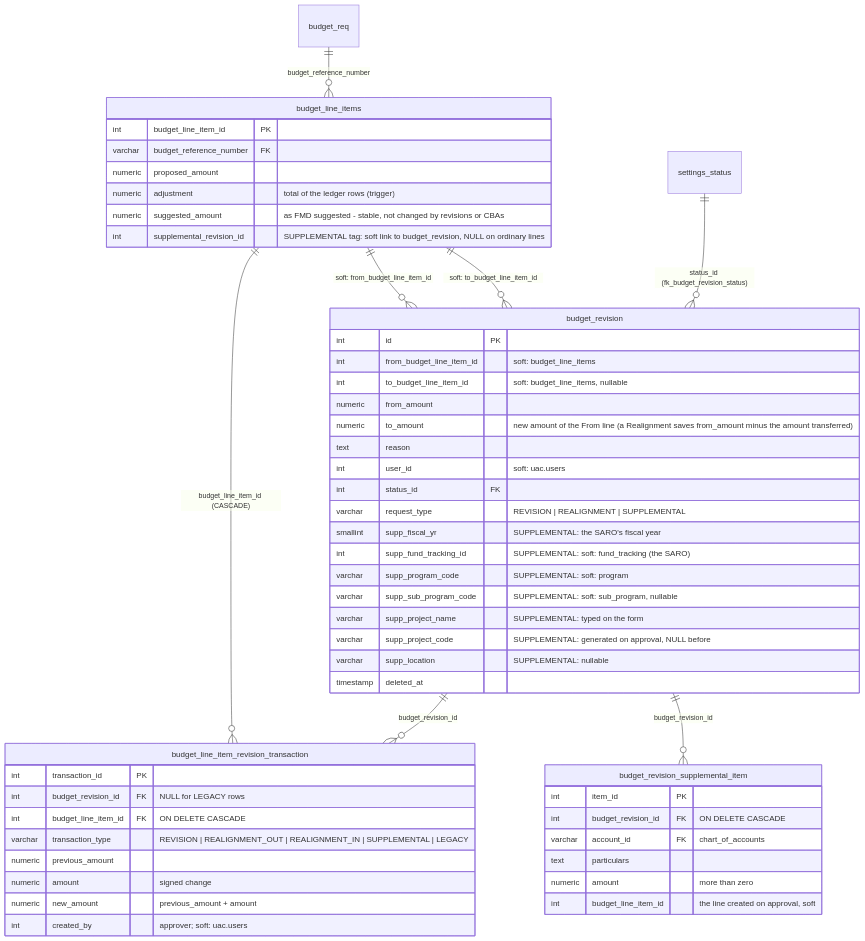
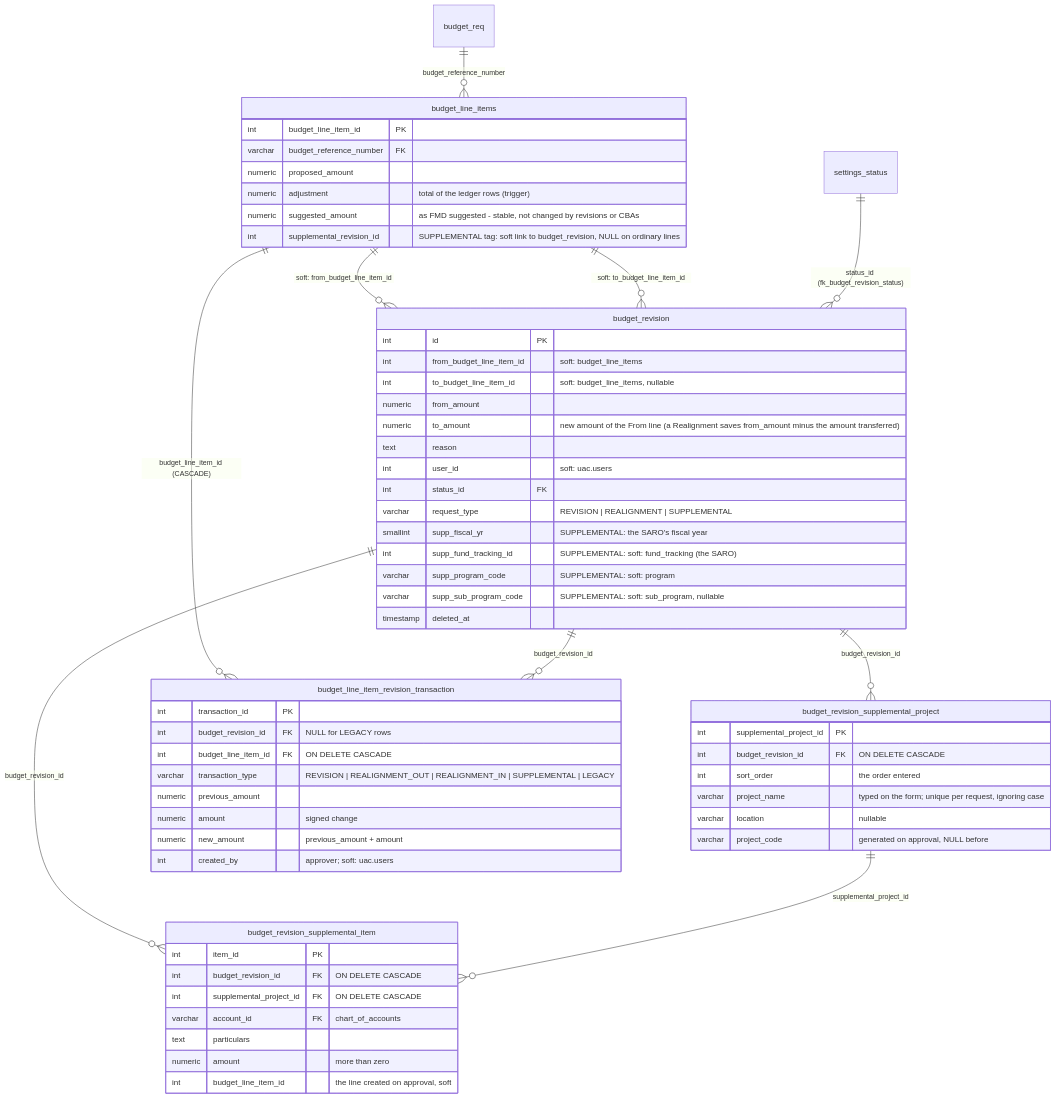
The fifth of 39 diagrams in system_docs/ERD/README.md (A-team-ITBS/fims-nha), drawn with Mermaid before and after one commit. The commit also changed other lines of this file and 9 other files, not shown here.

````diff
--- a/system_docs/ERD/README.md
+++ b/system_docs/ERD/README.md
@@ -345,55 +345,63 @@
 ```mermaid
 erDiagram
     budget_revision {
         int id PK
         int from_budget_line_item_id "soft: budget_line_items"
         int to_budget_line_item_id "soft: budget_line_items, nullable"
         numeric from_amount
         numeric to_amount "new amount of the From line (a Realignment saves from_amount minus the amount transferred)"
         text reason
         int user_id "soft: uac.users"
         int status_id FK
         varchar request_type "REVISION | REALIGNMENT | SUPPLEMENTAL"
         smallint supp_fiscal_yr "SUPPLEMENTAL: the SARO's fiscal year"
         int supp_fund_tracking_id "SUPPLEMENTAL: soft: fund_tracking (the SARO)"
         varchar supp_program_code "SUPPLEMENTAL: soft: program"
         varchar supp_sub_program_code "SUPPLEMENTAL: soft: sub_program, nullable"
-        varchar supp_project_name "SUPPLEMENTAL: typed on the form"
-        varchar supp_project_code "SUPPLEMENTAL: generated on approval, NULL before"
-        varchar supp_location "SUPPLEMENTAL: nullable"
         timestamp deleted_at
+    }
+    budget_revision_supplemental_project {
+        int supplemental_project_id PK
+        int budget_revision_id FK "ON DELETE CASCADE"
+        int sort_order "the order entered"
+        varchar project_name "typed on the form; unique per request, ignoring case"
+        varchar location "nullable"
+        varchar project_code "generated on approval, NULL before"
     }
     budget_revision_supplemental_item {
         int item_id PK
         int budget_revision_id FK "ON DELETE CASCADE"
+        int supplemental_project_id FK "ON DELETE CASCADE"
         varchar account_id FK "chart_of_accounts"
         text particulars
         numeric amount "more than zero"
         int budget_line_item_id "the line created on approval, soft"
     }
+    budget_revision ||--o{ budget_revision_supplemental_project : "budget_revision_id"
     budget_revision ||--o{ budget_revision_supplemental_item : "budget_revision_id"
+    budget_revision_supplemental_project ||--o{ budget_revision_supplemental_item : "supplemental_project_id"
     budget_line_items {
         int budget_line_item_id PK
         varchar budget_reference_number FK
         numeric proposed_amount
         numeric adjustment "total of the ledger rows (trigger)"
         numeric suggested_amount "as FMD suggested - stable, not changed by revisions or CBAs"
         int supplemental_revision_id "SUPPLEMENTAL tag: soft link to budget_revision, NULL on ordinary lines"
     }
     budget_line_item_revision_transaction {
         int transaction_id PK
         int budget_revision_id FK "NULL for LEGACY rows"
         int budget_line_item_id FK "ON DELETE CASCADE"
         varchar transaction_type "REVISION | REALIGNMENT_OUT | REALIGNMENT_IN | SUPPLEMENTAL | LEGACY"
         numeric previous_amount
         numeric amount "signed change"
         numeric new_amount "previous_amount + amount"
         int created_by "approver; soft: uac.users"
     }
     budget_line_items ||--o{ budget_line_item_revision_transaction : "budget_line_item_id (CASCADE)"
     budget_revision ||--o{ budget_line_item_revision_transaction : "budget_revision_id"
     budget_line_items ||--o{ budget_revision : "soft: from_budget_line_item_id"
     budget_line_items ||--o{ budget_revision : "soft: to_budget_line_item_id"
     settings_status ||--o{ budget_revision : "status_id (fk_budget_revision_status)"
     budget_req ||--o{ budget_line_items : "budget_reference_number"
 ```
````
